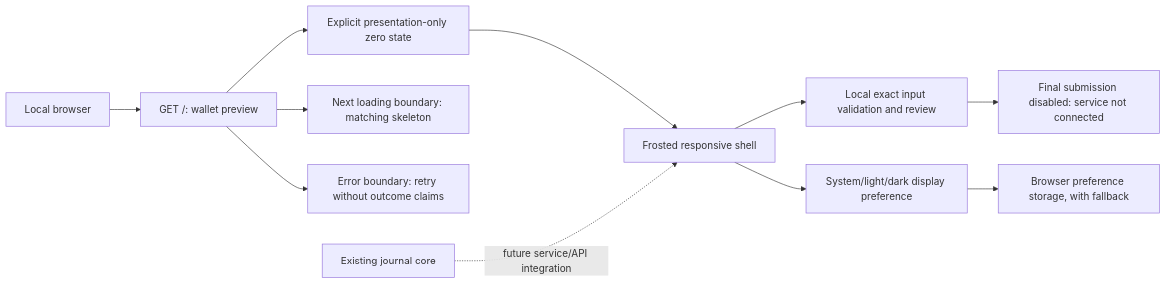
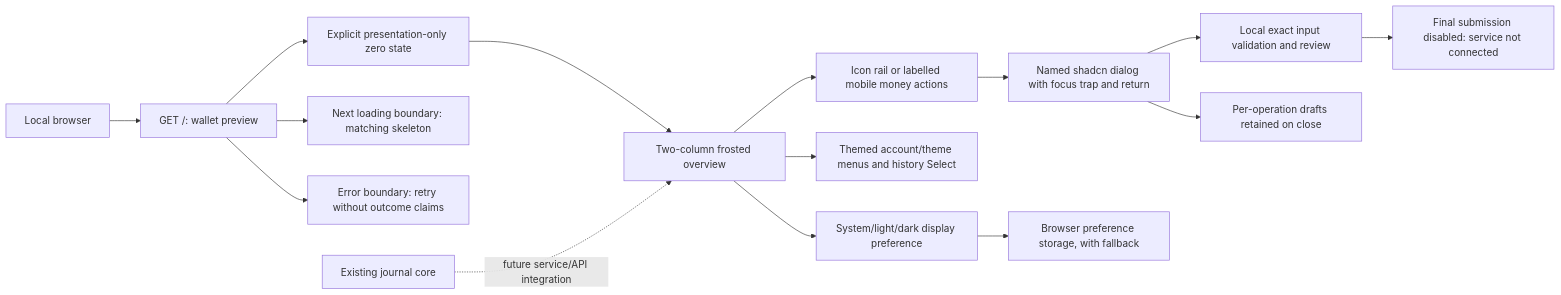
The second of 9 diagrams in artifact/DIAGRAMS.md (ahmadhafizh16/cocowallet), drawn with Mermaid before and after one commit. The commit also changed other lines of this file and 13 other files, not shown here.

Commit message:
docs(ui): close the reviewed two-column redesign

````diff
--- a/artifact/DIAGRAMS.md
+++ b/artifact/DIAGRAMS.md
@@ -29,13 +29,17 @@
 ```mermaid
 flowchart LR
     Browser[Local browser] --> Page[GET /: wallet preview]
     Page --> Model[Explicit presentation-only zero state]
-    Model --> Shell[Frosted responsive shell]
-    Shell --> Draft[Local exact input validation and review]
+    Model --> Shell[Two-column frosted overview]
+    Shell --> Trigger[Icon rail or labelled mobile money actions]
+    Trigger --> Dialog[Named shadcn dialog with focus trap and return]
+    Dialog --> Draft[Local exact input validation and review]
+    Dialog --> Memory[Per-operation drafts retained on close]
+    Shell --> Menus[Themed account/theme menus and history Select]
     Draft --> Blocked[Final submission disabled: service not connected]
     Page --> Loading[Next loading boundary: matching skeleton]
     Page --> Error[Error boundary: retry without outcome claims]
     Shell --> Theme[System/light/dark display preference]
     Theme --> Storage[Browser preference storage, with fallback]
     Core[Existing journal core] -. future service/API integration .-> Shell
 ```
````
